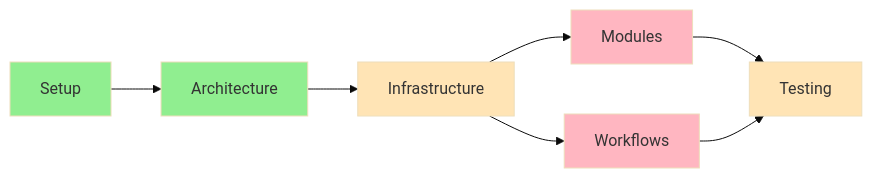
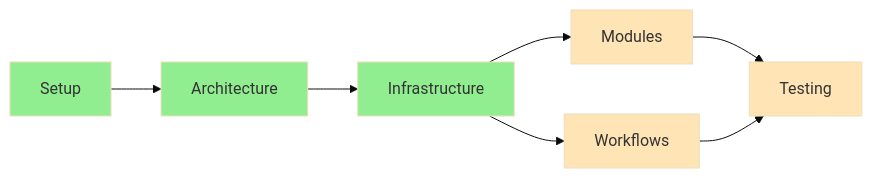
One commit to evgenipetrov/poe-sidekick changed the diagram in memory_bank/progress.md. Above: the diagram before and after it, drawn with Mermaid (base theme). The commit also changed other lines of this file and 8 other files, not shown here.

````diff
--- a/memory_bank/progress.md
+++ b/memory_bank/progress.md
@@ -7,19 +7,19 @@
 ```mermaid
 graph LR
     classDef done fill:#90EE90
     classDef inProgress fill:#FFE4B5
     classDef todo fill:#FFB6C1
 
     S[Setup]:::done
     A[Architecture]:::done
-    I[Infrastructure]:::inProgress
-    M[Modules]:::todo
-    W[Workflows]:::todo
+    I[Infrastructure]:::done
+    M[Modules]:::inProgress
+    W[Workflows]:::inProgress
     T[Testing]:::inProgress
 
     S --> A
     A --> I
     I --> M
     I --> W
     M & W --> T
 ```
````
